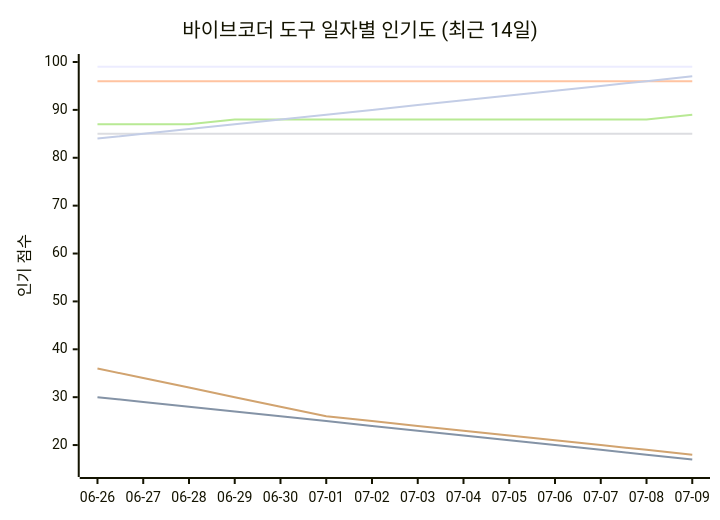
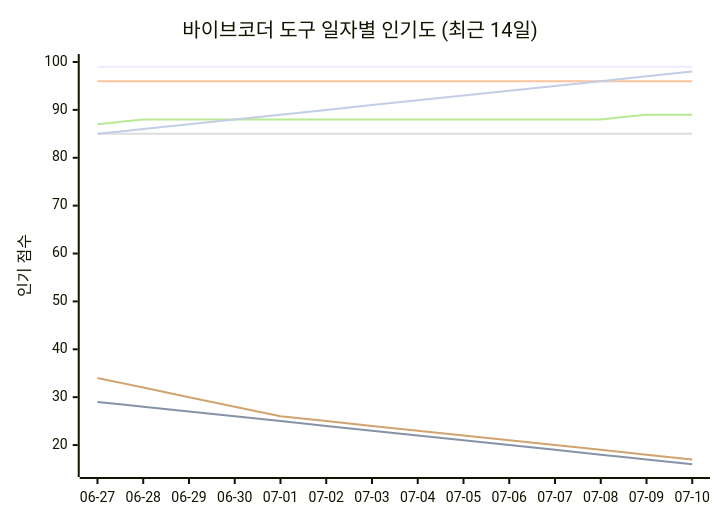
Before and after one commit to tykimos/ai-whatchelin: the seventh of 11 diagrams in README_ko.md, drawn with Mermaid. The commit also changed other lines of this file and 4 other files, not shown here.

````diff
--- a/README_ko.md
+++ b/README_ko.md
@@ -1905,13 +1915,13 @@
 ```mermaid
 xychart-beta
     title "바이브코더 도구 일자별 인기도 (최근 14일)"
-    x-axis ["06-26", "06-27", "06-28", "06-29", "06-30", "07-01", "07-02", "07-03", "07-04", "07-05", "07-06", "07-07", "07-08", "07-09"]
+    x-axis ["06-27", "06-28", "06-29", "06-30", "07-01", "07-02", "07-03", "07-04", "07-05", "07-06", "07-07", "07-08", "07-09", "07-10"]
     y-axis "인기 점수" 15 --> 100
     line "Claude Code" [99, 99, 99, 99, 99, 99, 99, 99, 99, 99, 99, 99, 99, 99]
-    line "GH Copilot" [30, 29, 28, 27, 26, 25, 24, 23, 22, 21, 20, 19, 18, 17]
+    line "GH Copilot" [29, 28, 27, 26, 25, 24, 23, 22, 21, 20, 19, 18, 17, 16]
     line "Cursor" [96, 96, 96, 96, 96, 96, 96, 96, 96, 96, 96, 96, 96, 96]
     line "Windsurf" [85, 85, 85, 85, 85, 85, 85, 85, 85, 85, 85, 85, 85, 85]
-    line "Codex CLI" [87, 87, 87, 88, 88, 88, 88, 88, 88, 88, 88, 88, 88, 89]
-    line "Gemini CLI" [36, 34, 32, 30, 28, 26, 25, 24, 23, 22, 21, 20, 19, 18]
-    line "Antigravity" [84, 85, 86, 87, 88, 89, 90, 91, 92, 93, 94, 95, 96, 97]
+    line "Codex CLI" [87, 88, 88, 88, 88, 88, 88, 88, 88, 88, 88, 88, 89, 89]
+    line "Gemini CLI" [34, 32, 30, 28, 26, 25, 24, 23, 22, 21, 20, 19, 18, 17]
+    line "Antigravity" [85, 86, 87, 88, 89, 90, 91, 92, 93, 94, 95, 96, 97, 98]
 ```
````
